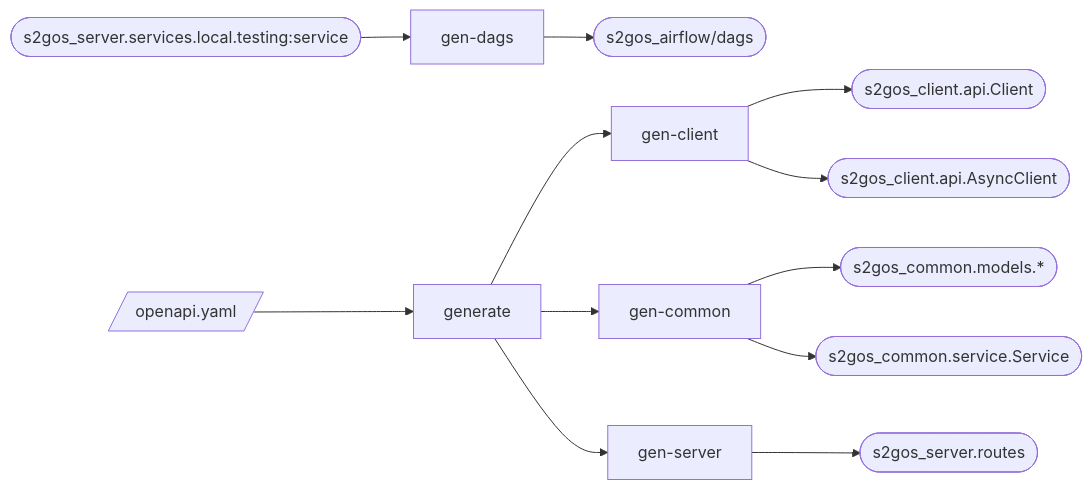
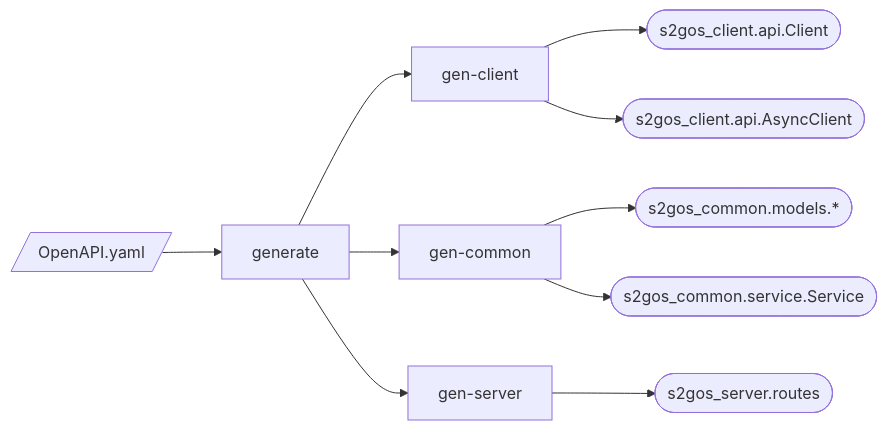
The fifth of 6 diagrams in docs/architecture.md (s2gos-dev/s2gos-controller), drawn with Mermaid before and after one commit. The commit also changed other lines of this file and 1 other file, not shown here.

````diff
--- a/docs/architecture.md
+++ b/docs/architecture.md
@@ -202,26 +211,22 @@
 ```mermaid
 ---
 config:
   theme: default
 ---
 flowchart LR
-    openapi@{ shape: lean-r, label: "openapi.yaml" }
-    local_service@{ shape: stadium, label: "s2gos_server.services.local.testing:service" }
-    dags@{ shape: stadium, label: "s2gos_airflow/dags" }
+    openapi@{ shape: lean-r, label: "OpenAPI.yaml" }
     sync_client@{ shape: stadium, label: "s2gos_client.api.Client" }
     async_client@{ shape: stadium, label: "s2gos_client.api.AsyncClient" }
     models@{ shape: stadium, label: "s2gos_common.models.*" }
     service@{ shape: stadium, label: "s2gos_common.service.Service" }
     routes@{ shape: stadium, label: "s2gos_server.routes" }
     openapi --> generate
     generate --> gen-client
     generate --> gen-common
     generate --> gen-server
     gen-client --> sync_client
     gen-client --> async_client
     gen-common --> models
     gen-common --> service
     gen-server --> routes
-    local_service --> gen-dags
-    gen-dags --> dags
 ```
````
